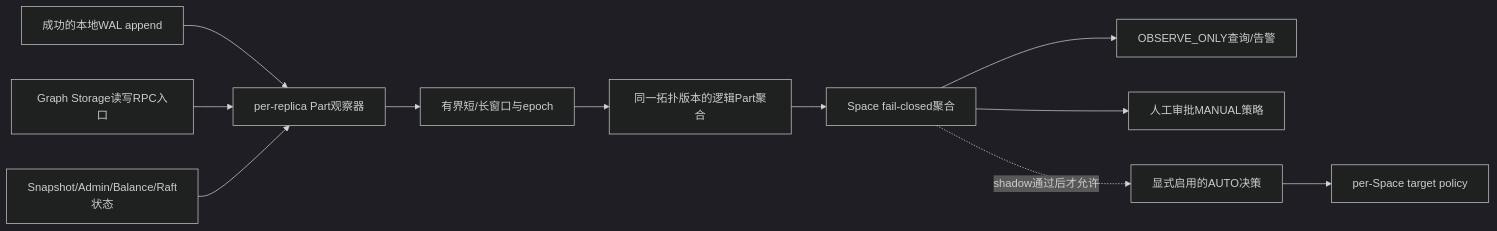
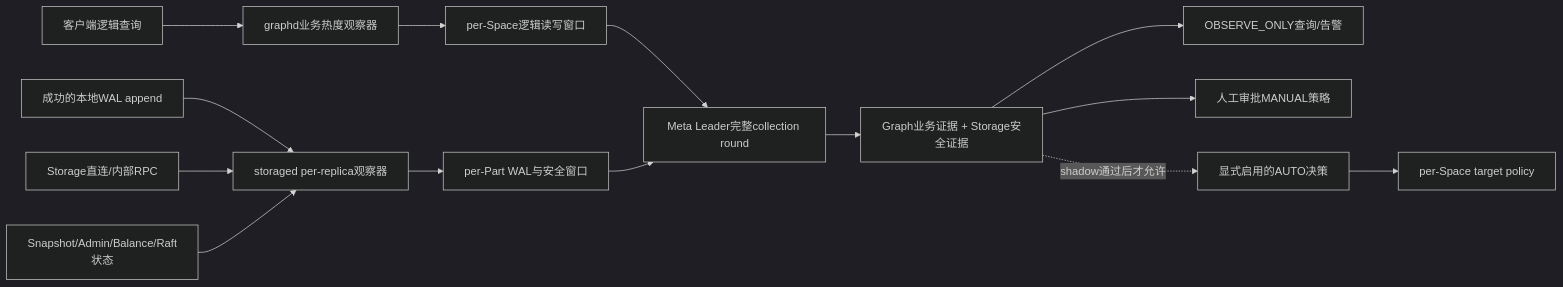
One commit to cccxgit/nebula changed the second of 4 diagrams in tasks/task-wal-per-space-hot-buffer-design.md. Above: the diagram before and after it, drawn with Mermaid (dark theme). The commit also changed other lines of this file, not shown here.

Commit message:
docs: design graph-first space heat observation

````diff
--- a/tasks/task-wal-per-space-hot-buffer-design.md
+++ b/tasks/task-wal-per-space-hot-buffer-design.md
@@ -722,13 +772,16 @@
 ```mermaid
 flowchart LR
-    A["成功的本地WAL append"] --> D["per-replica Part观察器"]
-    B["Graph Storage读写RPC入口"] --> D
-    C["Snapshot/Admin/Balance/Raft状态"] --> D
-    D --> E["有界短/长窗口与epoch"]
-    E --> F["同一拓扑版本的逻辑Part聚合"]
-    F --> G["Space fail-closed聚合"]
-    G --> H["OBSERVE_ONLY查询/告警"]
-    G --> I["人工审批MANUAL策略"]
-    G -.->|shadow通过后才允许| J["显式启用的AUTO决策"]
+    Q["客户端逻辑查询"] --> G["graphd业务热度观察器"]
+    G --> GD["per-Space逻辑读写窗口"]
+    A["成功的本地WAL append"] --> S["storaged per-replica观察器"]
+    B["Storage直连/内部RPC"] --> S
+    C["Snapshot/Admin/Balance/Raft状态"] --> S
+    S --> SD["per-Part WAL与安全窗口"]
+    GD --> M["Meta Leader完整collection round"]
+    SD --> M
+    M --> F["Graph业务证据 + Storage安全证据"]
+    F --> H["OBSERVE_ONLY查询/告警"]
+    F --> I["人工审批MANUAL策略"]
+    F -.->|shadow通过后才允许| J["显式启用的AUTO决策"]
     J --> K["per-Space target policy"]
 ```
````
